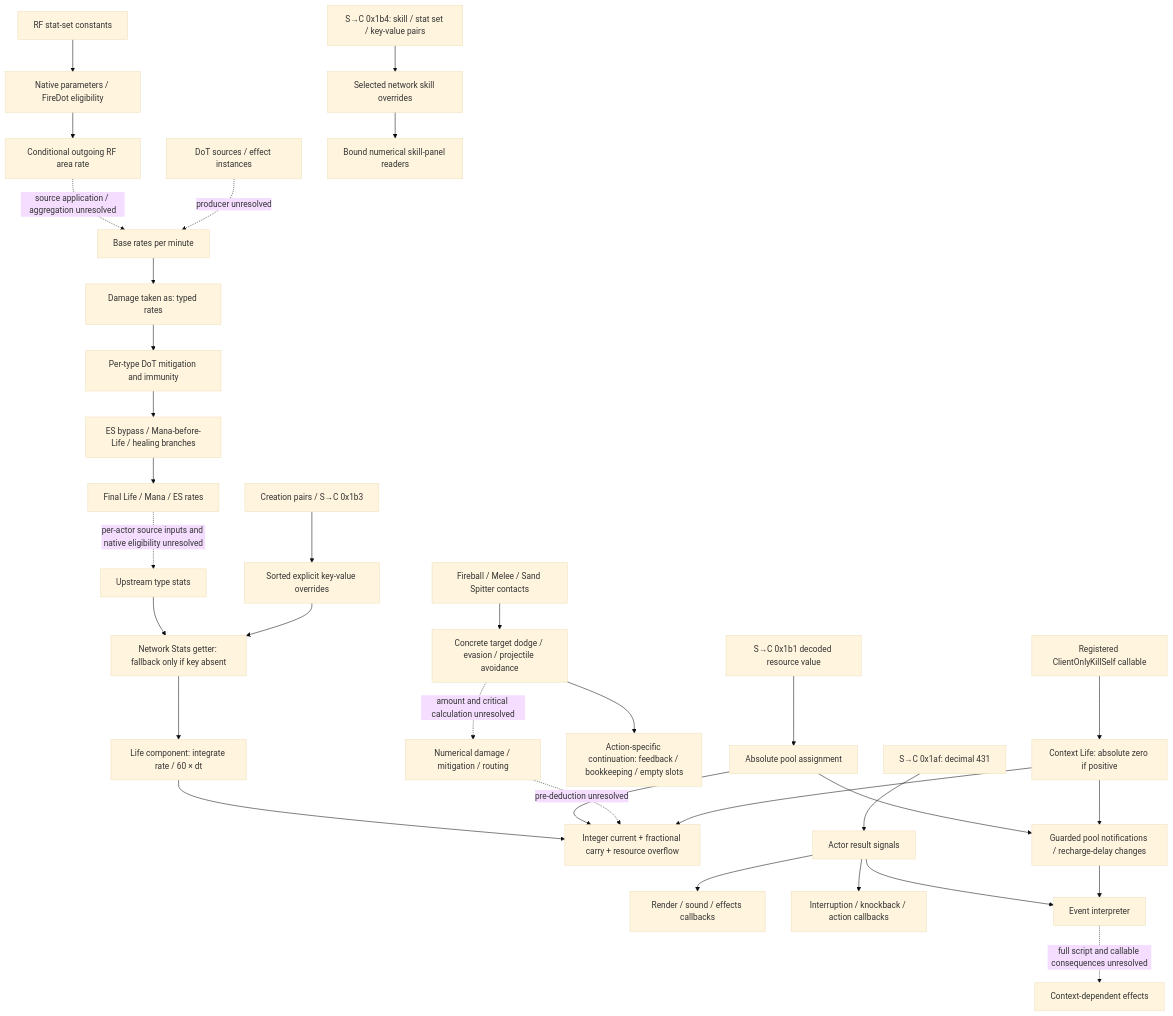
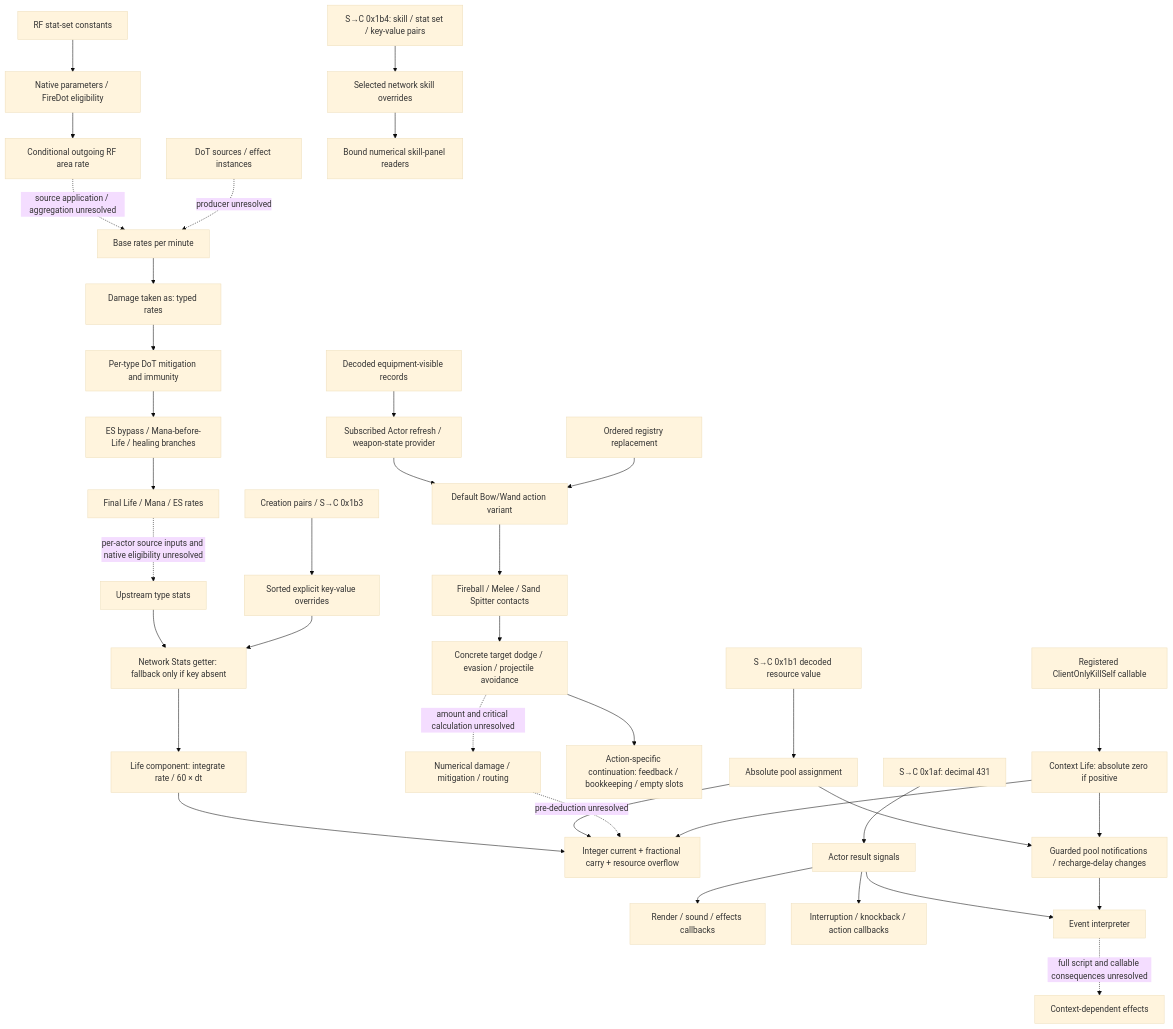
The diagram in Agents/docs/re/client-damage-calculation.md (LiuJi-Jim/LocalExile), drawn with Mermaid (base theme) before and after one commit. The commit also changed other lines of this file and 10 other files, not shown here.

Commit message:
Bind startup action winners and equipment-driven provider updates

````diff
--- a/Agents/docs/re/client-damage-calculation.md
+++ b/Agents/docs/re/client-damage-calculation.md
@@ -71,35 +72,39 @@
 ```mermaid
 flowchart TD
   SKILLDATA[RF stat-set constants] --> RFPARAM[Native parameters / FireDot eligibility]
   RFPARAM --> RFOUT[Conditional outgoing RF area rate]
   RFOUT -. source application / aggregation unresolved .-> RAW
   SOURCES[DoT sources / effect instances] -. producer unresolved .-> RAW[Base rates per minute]
   RAW --> AS[Damage taken as: typed rates]
   AS --> MIT[Per-type DoT mitigation and immunity]
   MIT --> ROUTE[ES bypass / Mana-before-Life / healing branches]
   ROUTE --> FINAL[Final Life / Mana / ES rates]
   FINAL -. per-actor source inputs and native eligibility unresolved .-> TYPE[Upstream type stats]
   TYPE --> GET[Network Stats getter: fallback only if key absent]
   NET[Creation pairs / S→C 0x1b3] --> OVERRIDE[Sorted explicit key-value overrides]
   OVERRIDE --> GET
   SKILLNET[S→C 0x1b4: skill / stat set / key-value pairs] --> SKILLOVERRIDE[Selected network skill overrides]
   SKILLOVERRIDE --> PANEL[Bound numerical skill-panel readers]
   GET --> TICK[Life component: integrate rate / 60 × dt]
   TICK --> POOL[Integer current + fractional carry + resource overflow]
   CORRECTION[S→C 0x1b1 decoded resource value] --> SETTER[Absolute pool assignment]
   SETTER --> POOL
   SETTER --> NOTIFY[Guarded pool notifications / recharge-delay changes]
   HIT[Fireball / Melee / Sand Spitter contacts] --> AVOID[Concrete target dodge / evasion / projectile avoidance]
+  EQUIP[Decoded equipment-visible records] --> WEAPON[Subscribed Actor refresh / weapon-state provider]
+  WEAPON --> SELECT[Default Bow/Wand action variant]
+  STARTUP[Ordered registry replacement] --> SELECT
+  SELECT --> HIT
   AVOID --> CONTINUE[Action-specific continuation: feedback / bookkeeping / empty slots]
   AVOID -. amount and critical calculation unresolved .-> HITCALC[Numerical damage / mitigation / routing]
   HITCALC -. pre-deduction unresolved .-> POOL
   FEEDBACK[S→C 0x1af: decimal 431] --> ACTOR[Actor result signals]
   ACTOR --> RENDER[Render / sound / effects callbacks]
   ACTOR --> CONTROL[Interruption / knockback / action callbacks]
   ACTOR --> EVENT[Event interpreter]
   NOTIFY --> EVENT
   EVENT -. full script and callable consequences unresolved .-> EFFECTS[Context-dependent effects]
   NATIVE[Registered ClientOnlyKillSelf callable] --> ZERO[Context Life: absolute zero if positive]
   ZERO --> POOL
   ZERO --> NOTIFY
 ```
````
